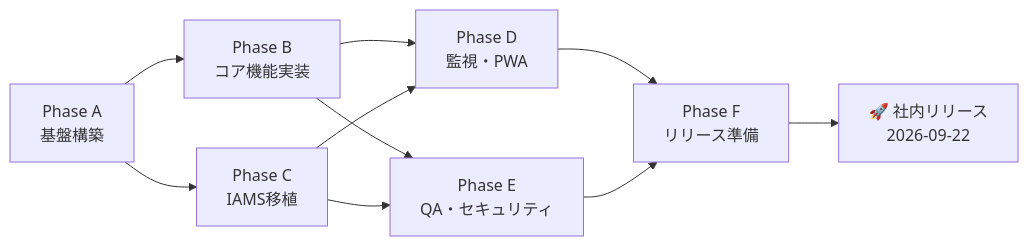
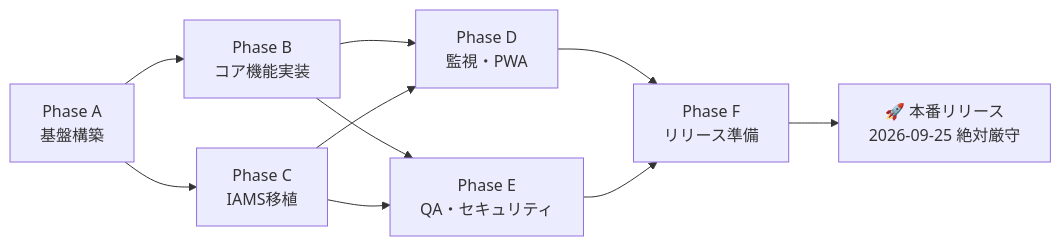
Before and after one commit to Kensan196948G/AEGIS-SIGHT: the second of 2 diagrams in docs/development-phases/00_overview/全体開発フェーズ計画.md, drawn with Mermaid. The commit also changed other lines of this file and 7 other files, not shown here.

````diff
--- a/docs/development-phases/00_overview/全体開発フェーズ計画.md
+++ b/docs/development-phases/00_overview/全体開発フェーズ計画.md
@@ -51,12 +53,12 @@
 ```mermaid
 graph LR
     A[Phase A\n基盤構築] --> B[Phase B\nコア機能実装]
     A --> C[Phase C\nIAMS移植]
     B --> D[Phase D\n監視・PWA]
     C --> D
     B --> E[Phase E\nQA・セキュリティ]
     C --> E
     D --> F[Phase F\nリリース準備]
     E --> F
-    F --> R[🚀 社内リリース\n2026-09-22]
+    F --> R[🚀 本番リリース\n2026-09-25 絶対厳守]
 ```
````
